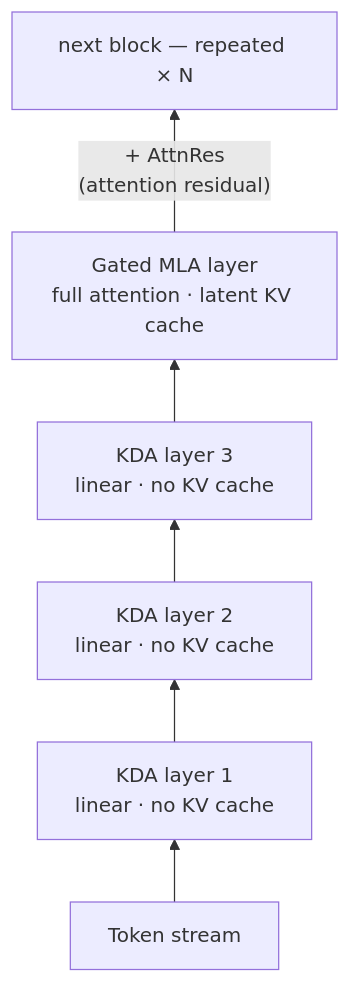
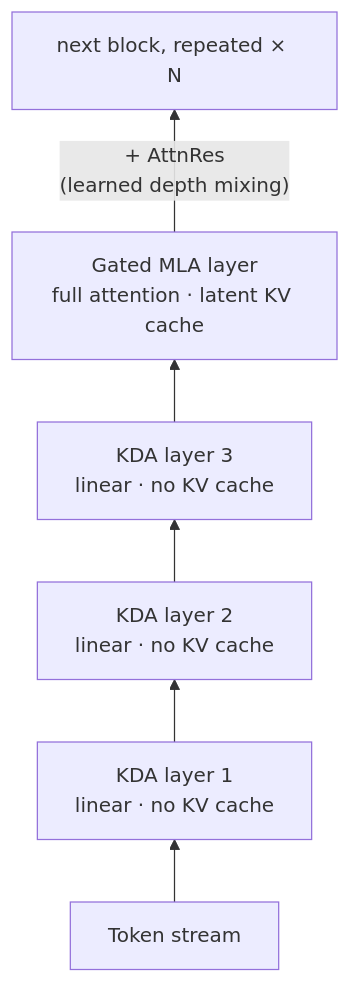
Before and after one commit to hyunwonch/hyunwonch.github.io: the eighth of 9 diagrams in _posts/2026-08-19-evolution-of-attention.md, drawn with Mermaid. The commit also changed other lines of this file, not shown here.

Commit message:
Improve attention article accuracy

````diff
--- a/_posts/2026-08-19-evolution-of-attention.md
+++ b/_posts/2026-08-19-evolution-of-attention.md
@@ -264,9 +265,9 @@
 ```mermaid
 %%{init: {'flowchart': {'useMaxWidth': false}}}%%
 graph BT
     X["Token stream"] --> B1["KDA layer 1<br>linear · no KV cache"]
     B1 --> B2["KDA layer 2<br>linear · no KV cache"]
     B2 --> B3["KDA layer 3<br>linear · no KV cache"]
     B3 --> B4["Gated MLA layer<br>full attention · latent KV cache"]
-    B4 -->|"+ AttnRes<br>(attention residual)"| Y["next block — repeated × N"]
+    B4 -->|"+ AttnRes<br>(learned depth mixing)"| Y["next block, repeated × N"]
 ```
````
